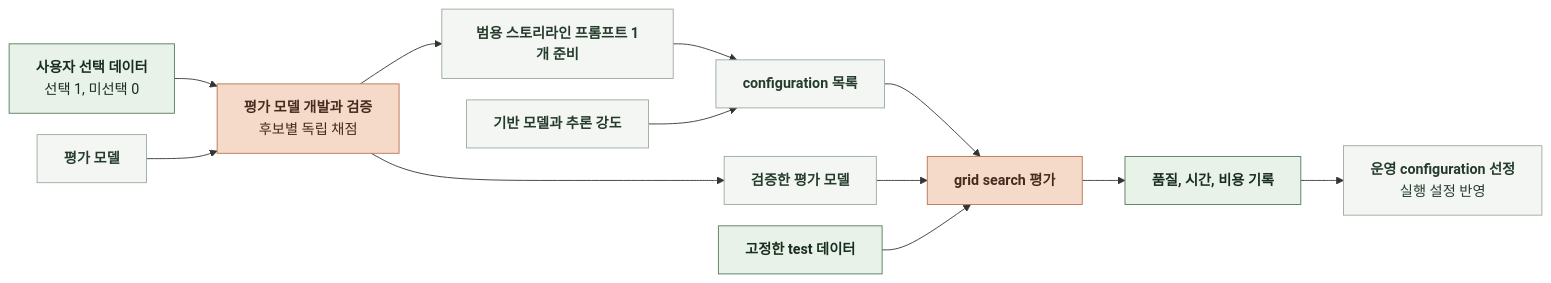
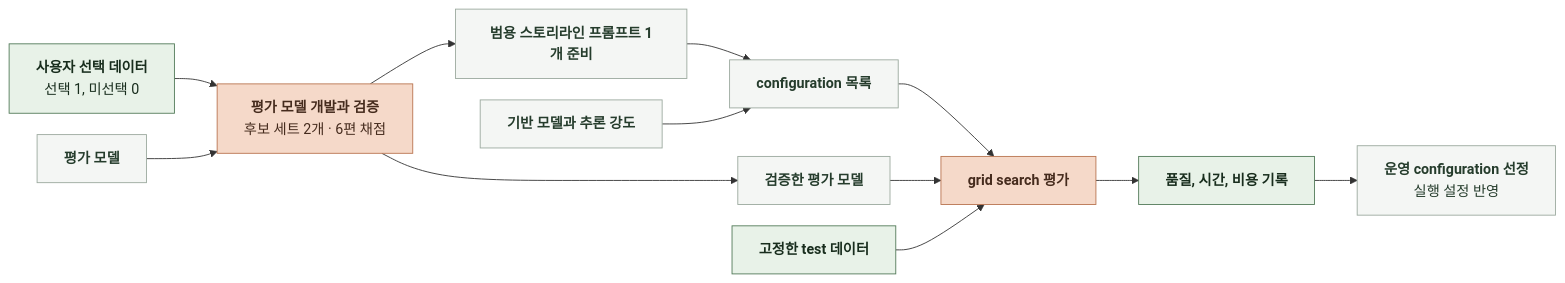
One commit to KIM-N-KANG/knk-harness changed the diagram in docs/domain/STORY/AI/6-3-AI-ALIGNMENT.md. Above: the diagram before and after it, drawn with Mermaid. The commit also changed other lines of this file and 3 other files, not shown here.

````diff
--- a/docs/domain/STORY/AI/6-3-AI-ALIGNMENT.md
+++ b/docs/domain/STORY/AI/6-3-AI-ALIGNMENT.md
@@ -11,21 +11,21 @@
 ```mermaid
 %%{init: {"flowchart": {"curve": "basis", "htmlLabels": true, "nodeSpacing": 24, "rankSpacing": 48}}}%%
 flowchart LR
     D["<b>사용자 선택 데이터</b><br/>선택 1, 미선택 0"] --> J
     F["<b>평가 모델</b>"] --> J
-    J["<b>평가 모델 개발과 검증</b><br/>후보별 독립 채점"] --> V["<b>검증한 평가 모델</b>"]
+    J["<b>평가 모델 개발과 검증</b><br/>후보 세트 2개 · 6편 채점"] --> V["<b>검증한 평가 모델</b>"]
     J --> P["<b>범용 스토리라인 프롬프트 1개 준비</b>"]
     P --> CF
     M["<b>기반 모델과 추론 강도</b>"] --> CF
     CF["<b>configuration 목록</b>"] --> EV["<b>grid search 평가</b>"]
     V --> EV
     TE["<b>고정한 test 데이터</b>"] --> EV
     EV --> R["<b>품질, 시간, 비용 기록</b>"]
     R --> A["<b>운영 configuration 선정</b><br/>실행 설정 반영"]
     classDef data fill:#E8F2E8,stroke:#527A59,color:#182D1D
     classDef task fill:#F5D9C9,stroke:#B97450,color:#452B1D
     classDef code fill:#F4F6F4,stroke:#9BA99E,color:#253C2C
     class D,TE,R data
     class J,EV task
     class F,V,P,M,CF,A code
 ```
````
